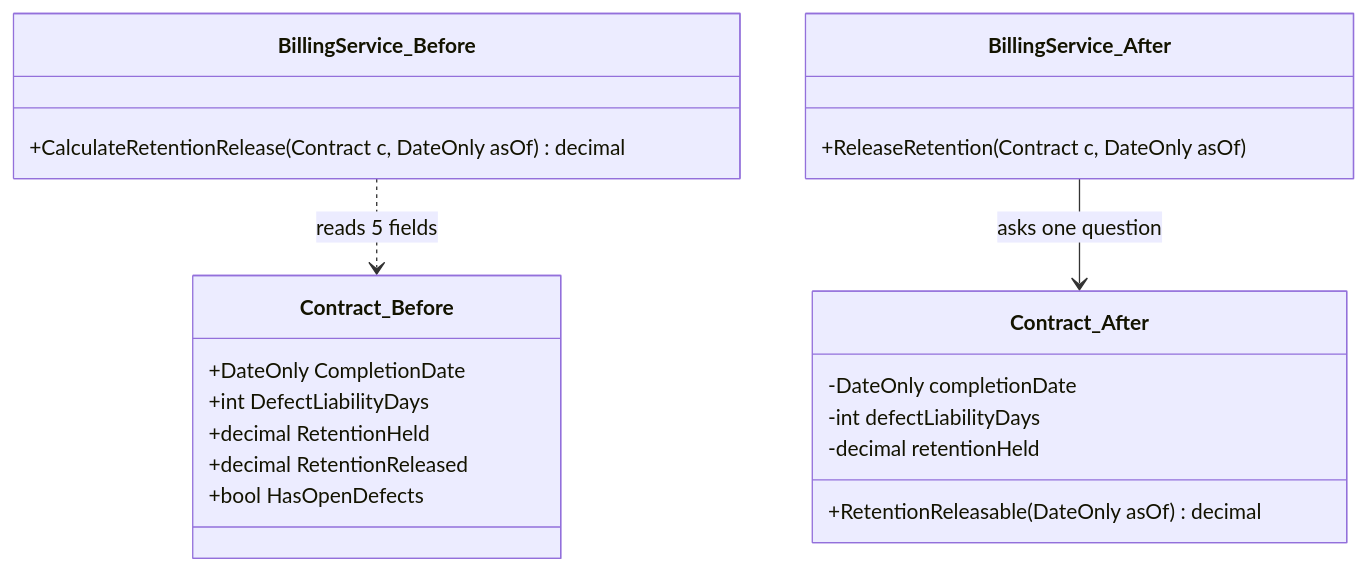
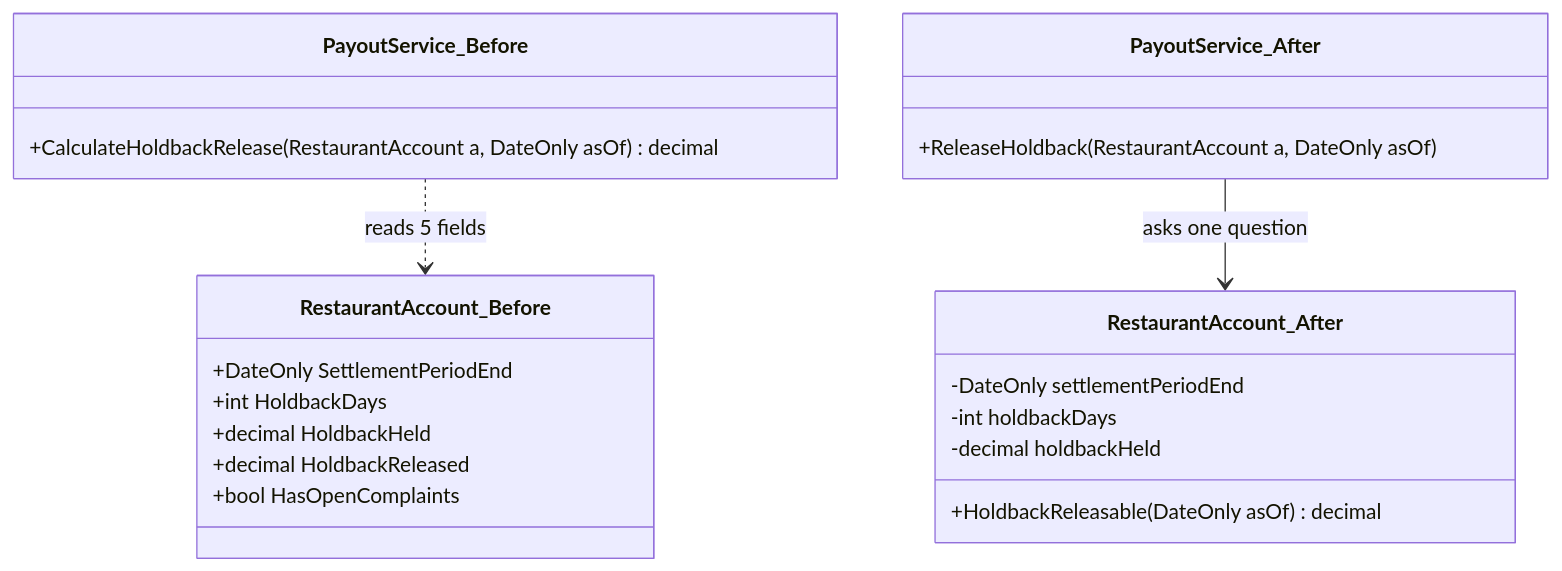
The second of 3 diagrams in content/lessons/m04/m04-code-smells.md (rizwi0786/system-design-lab), drawn with Mermaid before and after one commit. The commit also changed other lines of this file and 334 other files, not shown here.

````diff
--- a/content/lessons/m04/m04-code-smells.md
+++ b/content/lessons/m04/m04-code-smells.md
@@ -193,24 +193,24 @@
 ```mermaid
 classDiagram
-    class BillingService_Before {
-        +CalculateRetentionRelease(Contract c, DateOnly asOf) decimal
+    class PayoutService_Before {
+        +CalculateHoldbackRelease(RestaurantAccount a, DateOnly asOf) decimal
     }
-    class Contract_Before {
-        +DateOnly CompletionDate
-        +int DefectLiabilityDays
-        +decimal RetentionHeld
-        +decimal RetentionReleased
-        +bool HasOpenDefects
+    class RestaurantAccount_Before {
+        +DateOnly SettlementPeriodEnd
+        +int HoldbackDays
+        +decimal HoldbackHeld
+        +decimal HoldbackReleased
+        +bool HasOpenComplaints
     }
-    BillingService_Before ..> Contract_Before : reads 5 fields
-    class BillingService_After {
-        +ReleaseRetention(Contract c, DateOnly asOf)
+    PayoutService_Before ..> RestaurantAccount_Before : reads 5 fields
+    class PayoutService_After {
+        +ReleaseHoldback(RestaurantAccount a, DateOnly asOf)
     }
-    class Contract_After {
-        -DateOnly completionDate
-        -int defectLiabilityDays
-        -decimal retentionHeld
-        +RetentionReleasable(DateOnly asOf) decimal
+    class RestaurantAccount_After {
+        -DateOnly settlementPeriodEnd
+        -int holdbackDays
+        -decimal holdbackHeld
+        +HoldbackReleasable(DateOnly asOf) decimal
     }
-    BillingService_After --> Contract_After : asks one question
+    PayoutService_After --> RestaurantAccount_After : asks one question
 ```
````
